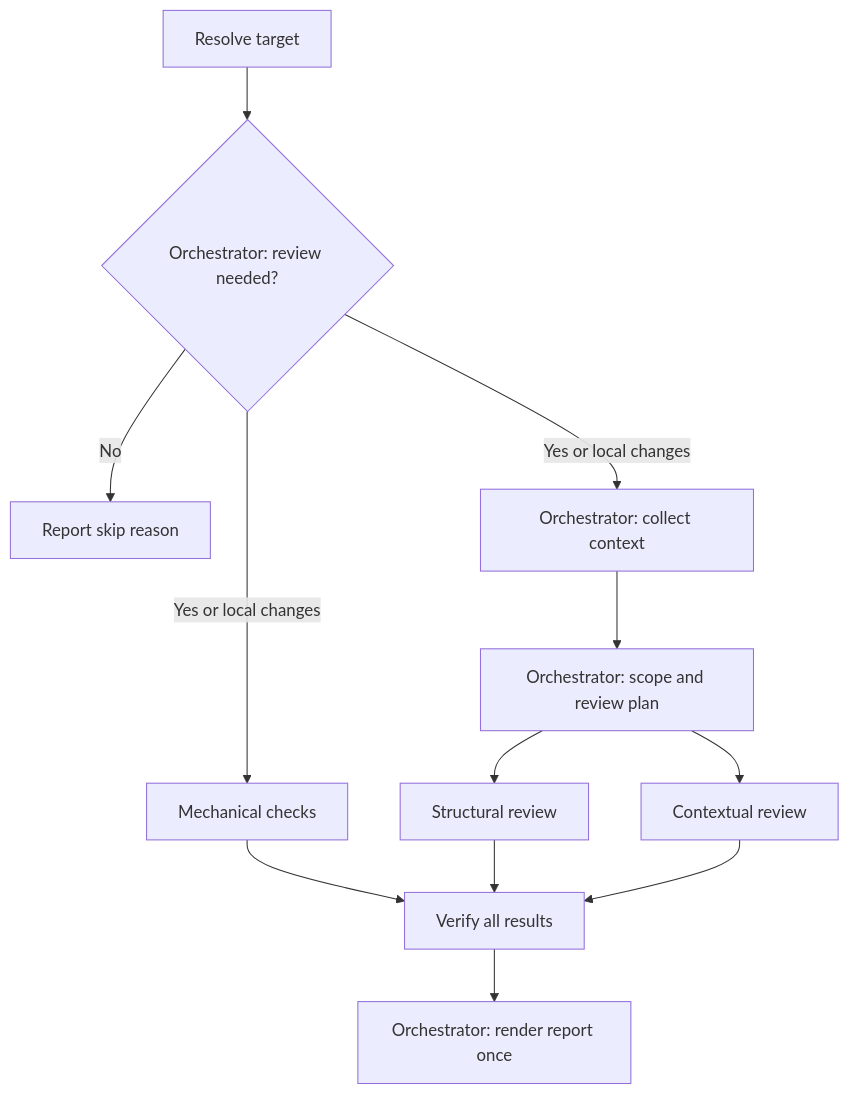
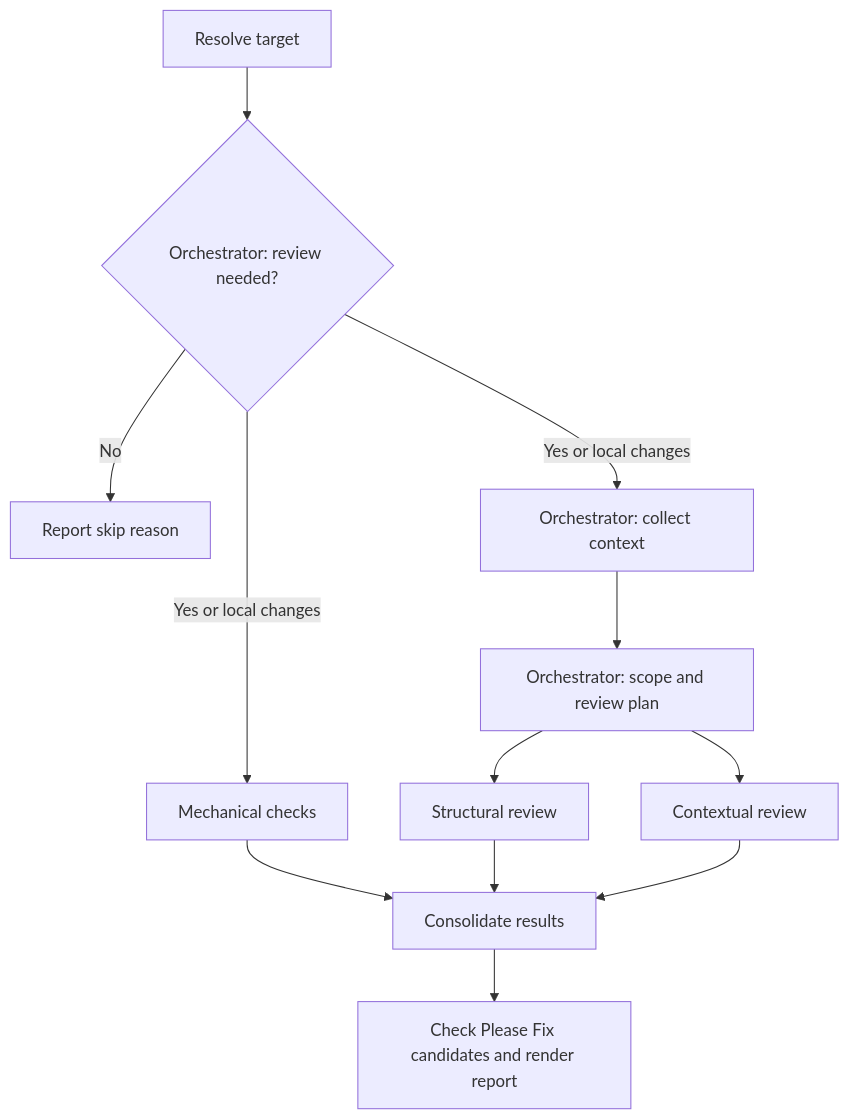
One commit to takuto-san/review changed the diagram in README.md. Above: the diagram before and after it, drawn with Mermaid. The commit also changed other lines of this file and 6 other files, not shown here.

````diff
--- a/README.md
+++ b/README.md
@@ -60,14 +58,14 @@
 ```mermaid
 flowchart TD
     A[Resolve target] --> B{Orchestrator: review needed?}
     B -->|No| X[Report skip reason]
     B -->|Yes or local changes| C[Orchestrator: collect context]
     B -->|Yes or local changes| M[Mechanical checks]
     C --> P[Orchestrator: scope and review plan]
     P --> S[Structural review]
     P --> T[Contextual review]
-    M --> V[Verify all results]
+    M --> V[Consolidate results]
     S --> V
     T --> V
-    V --> R[Orchestrator: render report once]
+    V --> R[Check Please Fix candidates and render report]
 ```
````
